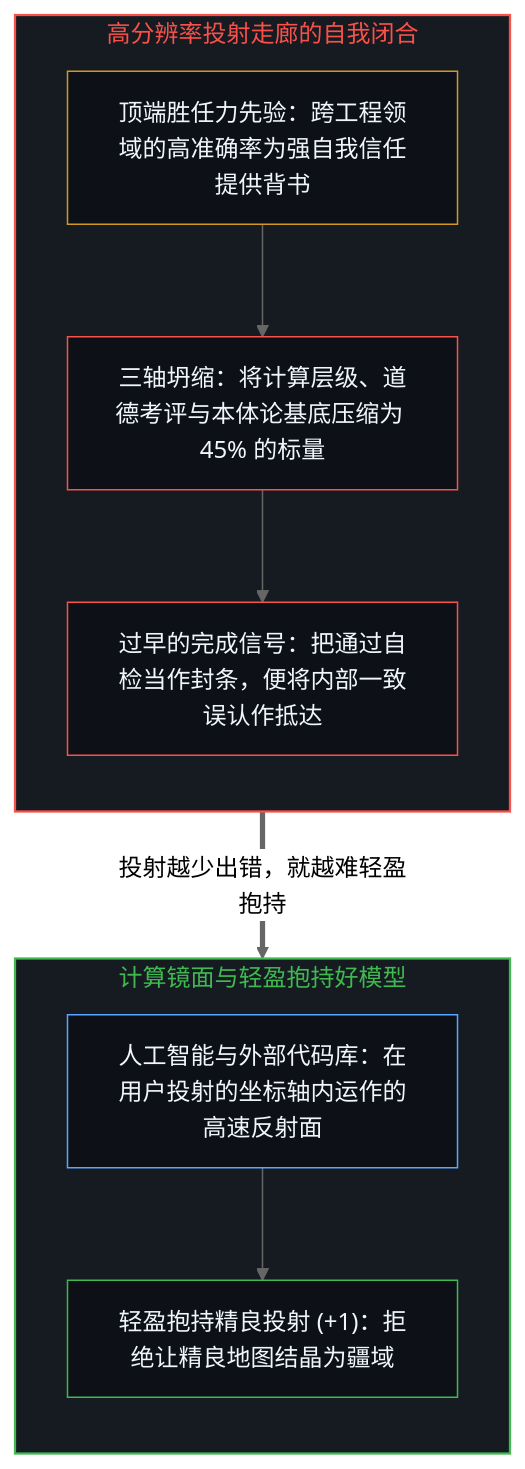
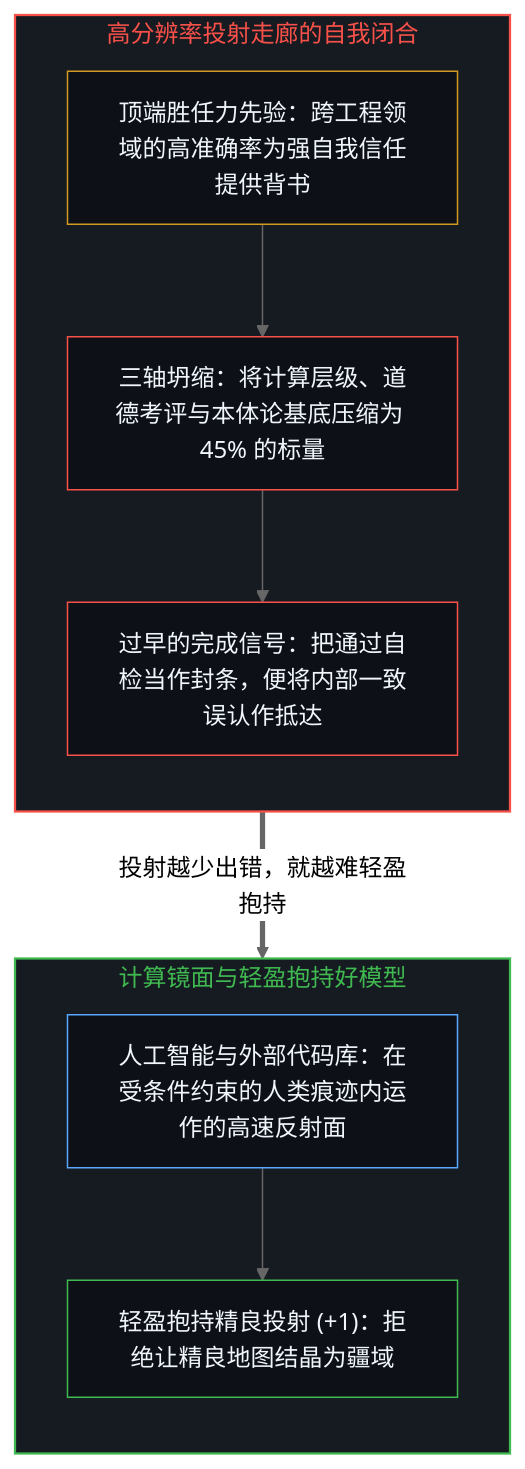
The first of 2 diagrams in content/posts/intelligence-traps-itself.md (powerpig99/not-a-toe), drawn with Mermaid (neutral theme) before and after one commit. The commit also changed other lines of this file and 5 other files, not shown here.

````diff
--- a/content/posts/intelligence-traps-itself.md
+++ b/content/posts/intelligence-traps-itself.md
@@ -17,24 +17,24 @@
 ```mermaid
 flowchart TD
     subgraph S_Corridor["高分辨率投射走廊的自我闭合"]
         direction TB
         Prior["顶端胜任力先验：跨工程领域的高准确率为强自我信任提供背书"]
         Collapse["三轴坍缩：将计算层级、道德考评与本体论基底压缩为 45% 的标量"]
         Arrive["过早的完成信号：把通过自检当作封条，便将内部一致误认作抵达"]
         Prior --> Collapse --> Arrive
     end
     subgraph S_Mirror["计算镜面与轻盈抱持好模型"]
         direction TB
-        Mirror["人工智能与外部代码库：在用户投射的坐标轴内运作的高速反射面"]
+        Mirror["人工智能与外部代码库：在受条件约束的人类痕迹内运作的高速反射面"]
         Light["轻盈抱持精良投射 (+1)：拒绝让精良地图结晶为疆域"]
         Mirror --> Light
     end
     Arrive ==>|"投射越少出错，就越难轻盈抱持"| Mirror
     style S_Corridor fill:#161b22,stroke:#f85149,stroke-width:1.5px,color:#f85149
     style S_Mirror fill:#161b22,stroke:#3fb950,stroke-width:1.5px,color:#3fb950
     style Prior fill:#0d1117,stroke:#d29922,stroke-width:1px,color:#f0f6fc
     style Collapse fill:#0d1117,stroke:#f85149,stroke-width:1px,color:#f0f6fc
     style Arrive fill:#0d1117,stroke:#f85149,stroke-width:1px,color:#f0f6fc
     style Mirror fill:#0d1117,stroke:#58a6ff,stroke-width:1px,color:#f0f6fc
     style Light fill:#0d1117,stroke:#3fb950,stroke-width:1px,color:#f0f6fc
 ```
````
